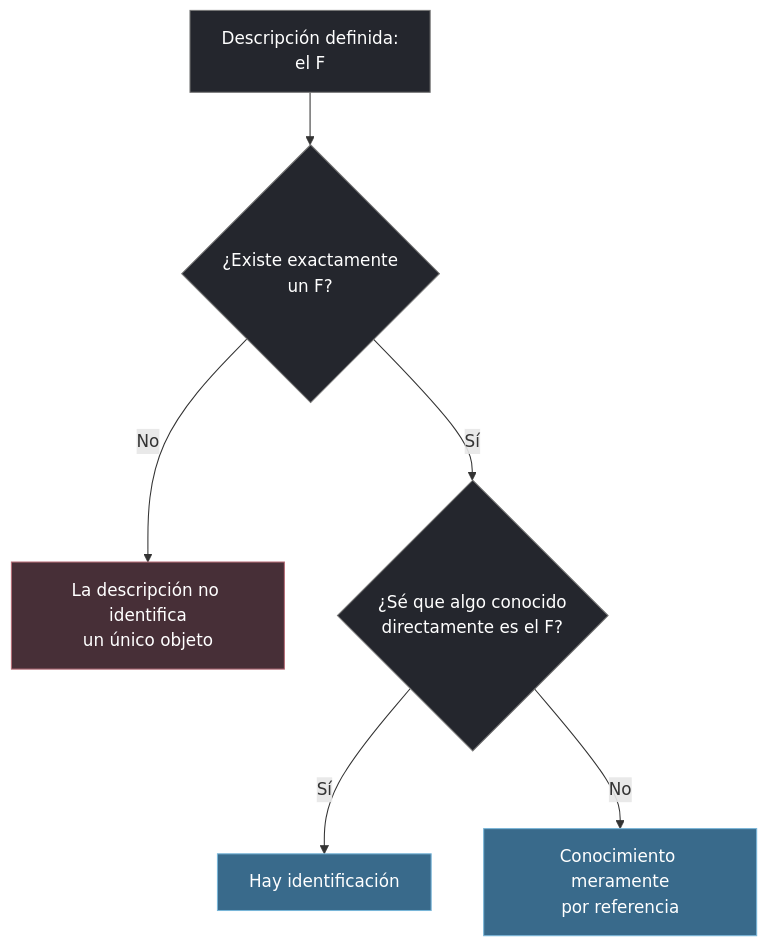
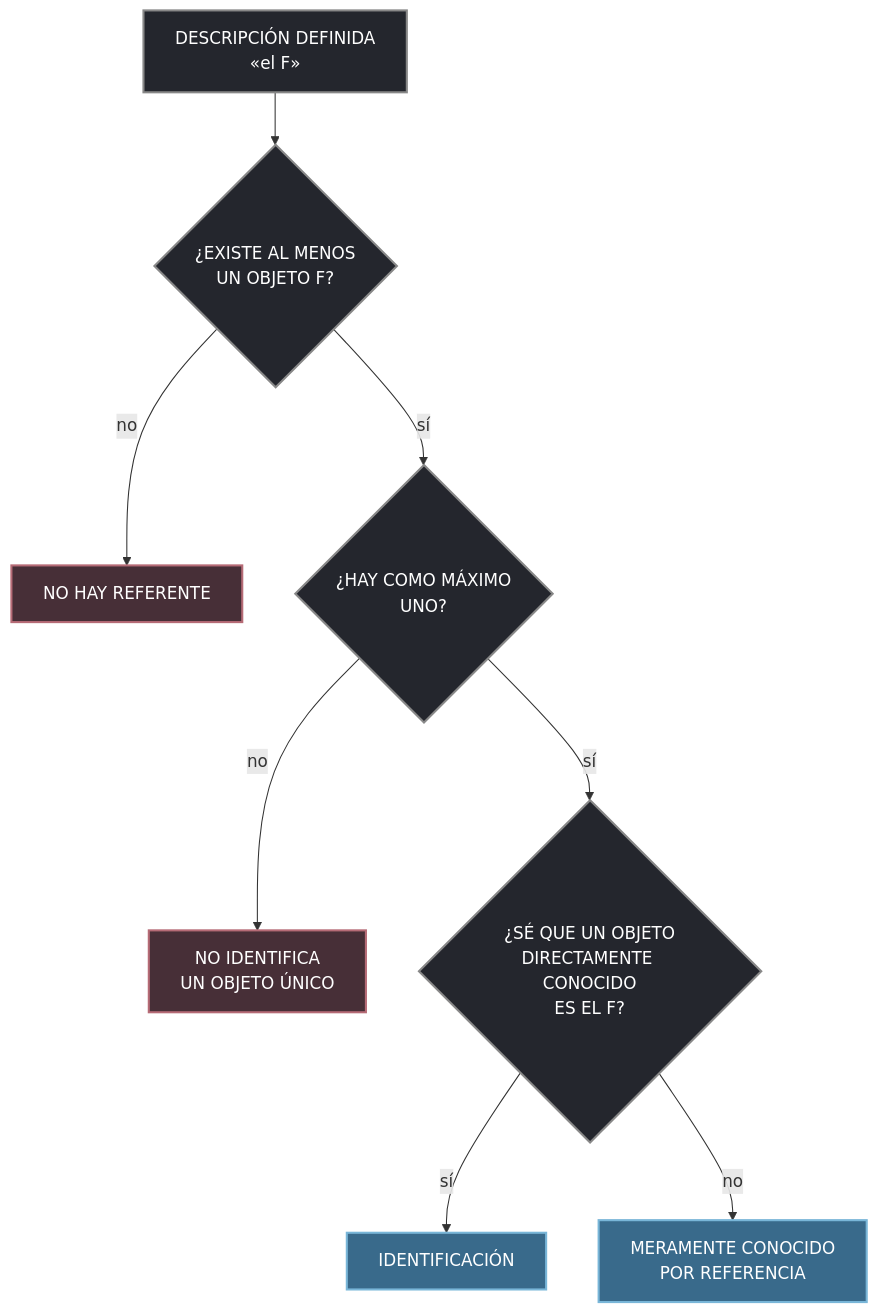
One commit to stevenvo780/russell-conocimiento-directo changed the fifth of 8 diagrams in Capitulo5.md. Above: the diagram before and after it, drawn with Mermaid. The commit also changed other lines of this file and 10 other files, not shown here.

````diff
--- a/Capitulo5.md
+++ b/Capitulo5.md
@@ -277,15 +476,17 @@
 ```mermaid
 flowchart TD
-    F["Descripción definida:<br/>el F"] --> E{"¿Existe exactamente<br/>un F?"}
-    E -->|No| N["La descripción no identifica<br/>un único objeto"]
-    E -->|Sí| A{"¿Sé que algo conocido<br/>directamente es el F?"}
-    A -->|Sí| I["Hay identificación"]
-    A -->|No| R["Conocimiento meramente<br/>por referencia"]
+    F["DESCRIPCIÓN DEFINIDA<br/>«el F»"] --> E{"¿EXISTE AL MENOS<br/>UN OBJETO F?"}
+    E -->|no| N["NO HAY REFERENTE"]
+    E -->|sí| U{"¿HAY COMO MÁXIMO<br/>UNO?"}
+    U -->|no| A["NO IDENTIFICA<br/>UN OBJETO ÚNICO"]
+    U -->|sí| K{"¿SÉ QUE UN OBJETO<br/>DIRECTAMENTE CONOCIDO<br/>ES EL F?"}
+    K -->|sí| I["IDENTIFICACIÓN"]
+    K -->|no| R["MERAMENTE CONOCIDO<br/>POR REFERENCIA"]
 
-    classDef question fill:#24262d,color:#fff,stroke:#777;
-    classDef reference fill:#396a8b,color:#fff,stroke:#79b6d8;
-    classDef fail fill:#472f37,color:#fff,stroke:#b66b76;
-    class F,E,A question;
-    class I,R reference;
-    class N fail;
+    classDef pregunta fill:#24262d,color:#fff,stroke:#888,stroke-width:2px;
+    classDef fallo fill:#472f37,color:#fff,stroke:#b66b76,stroke-width:2px;
+    classDef salida fill:#396a8b,color:#fff,stroke:#79b6d8,stroke-width:2px;
+    class F,E,U,K pregunta;
+    class N,A fallo;
+    class I,R salida;
 ```
````
